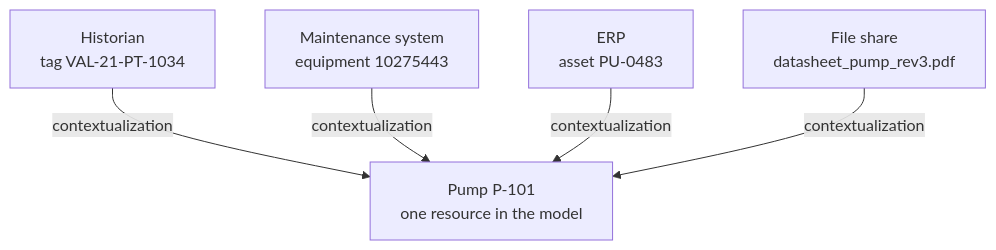
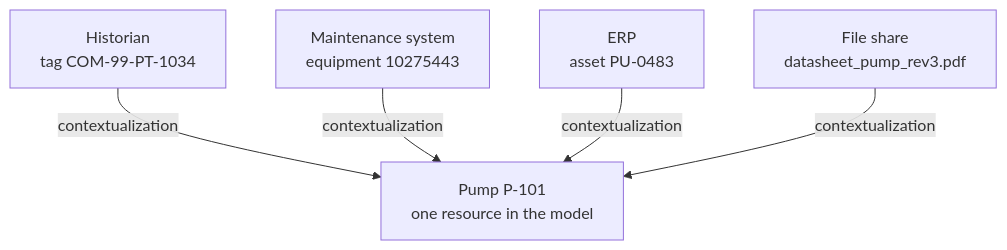
The diagram in docs/concepts/contextualization.mdx (IntelliStream-DataHub/datahub-docs), drawn with Mermaid before and after one commit. The commit also changed other lines of this file and 6 other files, not shown here.

````diff
--- a/docs/concepts/contextualization.mdx
+++ b/docs/concepts/contextualization.mdx
@@ -30,13 +30,13 @@
 ```mermaid
 graph TD
-    H["Historian<br/>tag VAL-21-PT-1034"]
+    H["Historian<br/>tag COM-99-PT-1034"]
     C["Maintenance system<br/>equipment 10275443"]
     E["ERP<br/>asset PU-0483"]
     F["File share<br/>datasheet_pump_rev3.pdf"]
     P["Pump P-101<br/>one resource in the model"]
 
     H -- contextualization --> P
     C -- contextualization --> P
     E -- contextualization --> P
     F -- contextualization --> P
 ```
````
